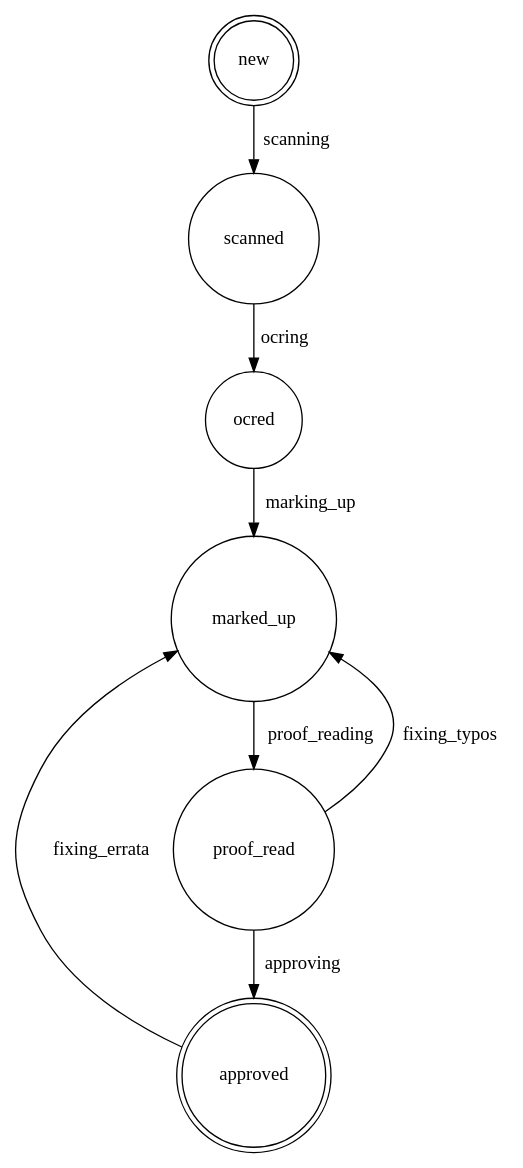
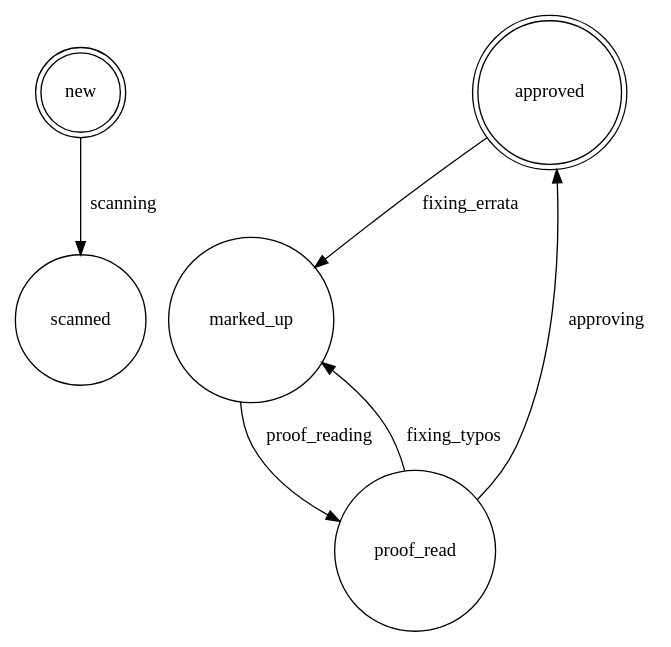
Before and after one commit to sbsdev/daisyproducer: the diagram in daisyproducer/doc/stateMachine.dot, drawn with Graphviz. The commit also changed 9 other files, not shown here.

```diff
--- a/daisyproducer/doc/stateMachine.dot
+++ b/daisyproducer/doc/stateMachine.dot
@@ -1,11 +1,9 @@
 digraph finite_state_machine {
 	node [shape = doublecircle]; new approved;
 	node [shape = circle];
 	new -> scanned [ label = "scanning" ];
-	scanned -> ocred [ label = "ocring" ];
-	ocred -> marked_up [ label = "marking_up" ];
 	marked_up -> proof_read [ label = "proof_reading", weight=8 ];
 	proof_read -> approved [ label = "approving", weight=8 ];
 	approved -> marked_up [ label = "fixing_errata" ];
 	proof_read -> marked_up [ label = "fixing_typos" ];
 }
```
